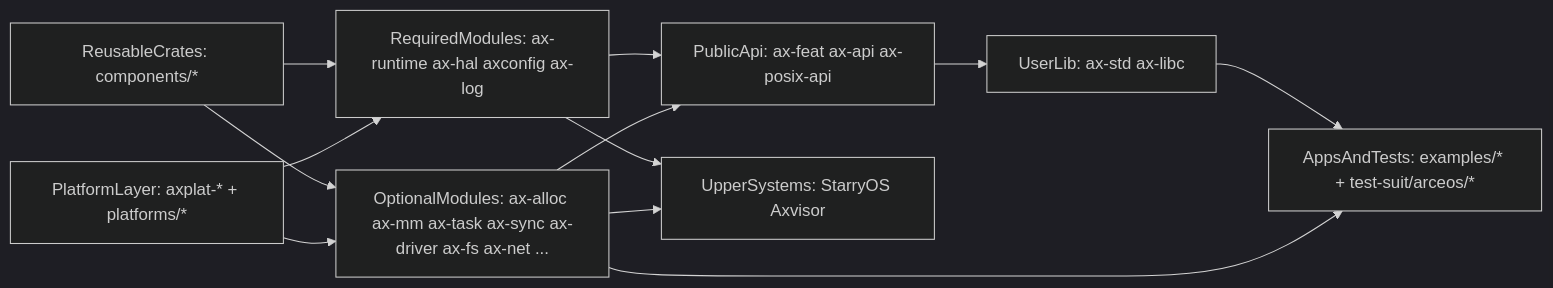
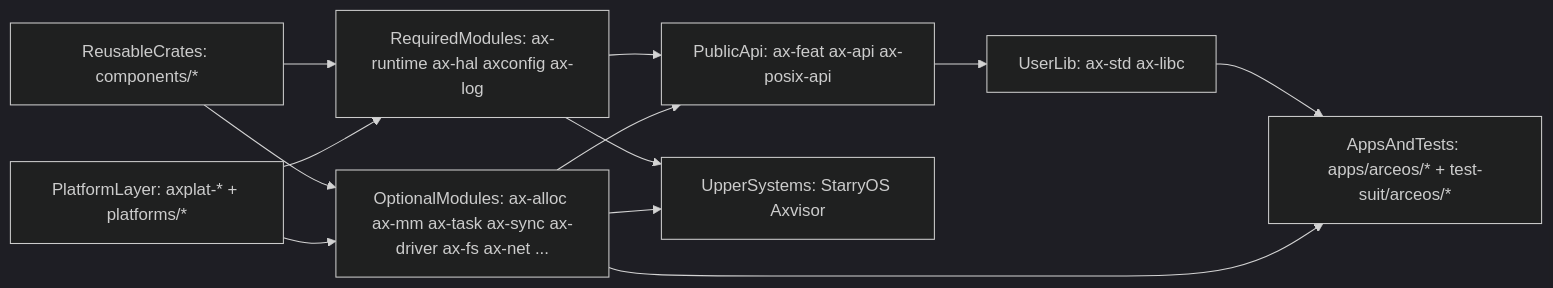
One commit to rcore-os/tgoskits changed the first of 5 diagrams in docs/docs/architecture/arceos.md. Above: the diagram before and after it, drawn with Mermaid (dark theme). The commit also changed other lines of this file and 179 other files, not shown here.

Commit message:
chore(arceos): reorganize std apps

````diff
--- a/docs/docs/architecture/arceos.md
+++ b/docs/docs/architecture/arceos.md
@@ -28,23 +28,23 @@
 ```mermaid
 flowchart LR
     reusableCrates["ReusableCrates: components/*"]
     platformLayer["PlatformLayer: axplat-* + platforms/*"]
     requiredModules["RequiredModules: ax-runtime ax-hal axconfig ax-log"]
     optionalModules["OptionalModules: ax-alloc ax-mm ax-task ax-sync ax-driver ax-fs ax-net ..."]
     publicApi["PublicApi: ax-feat ax-api ax-posix-api"]
     userLib["UserLib: ax-std ax-libc"]
-    appsAndTests["AppsAndTests: examples/* + test-suit/arceos/*"]
+    appsAndTests["AppsAndTests: apps/arceos/* + test-suit/arceos/*"]
     upperSystems["UpperSystems: StarryOS Axvisor"]
 
     reusableCrates --> requiredModules
     reusableCrates --> optionalModules
     platformLayer --> requiredModules
     platformLayer --> optionalModules
     requiredModules --> publicApi
     optionalModules --> publicApi
     publicApi --> userLib
     userLib --> appsAndTests
     optionalModules --> appsAndTests
     requiredModules --> upperSystems
     optionalModules --> upperSystems
 ```
````
